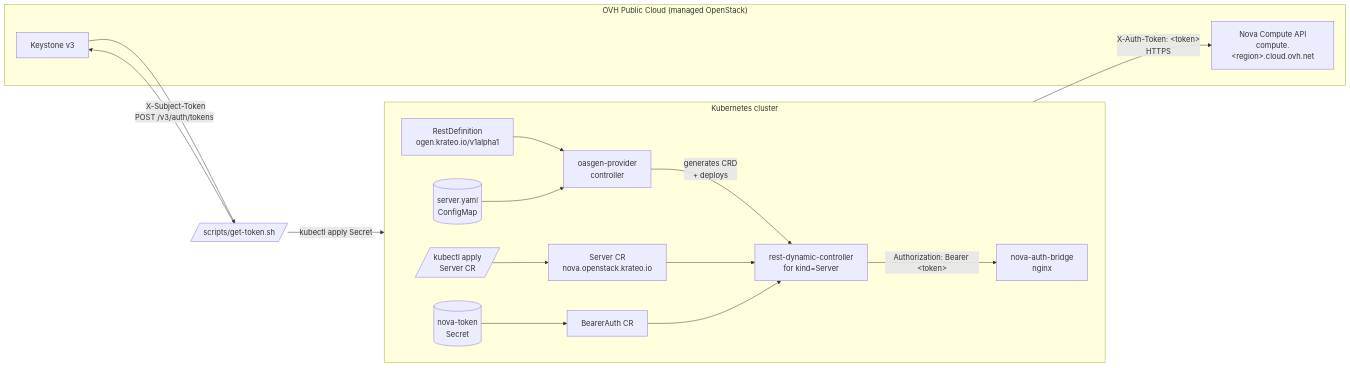
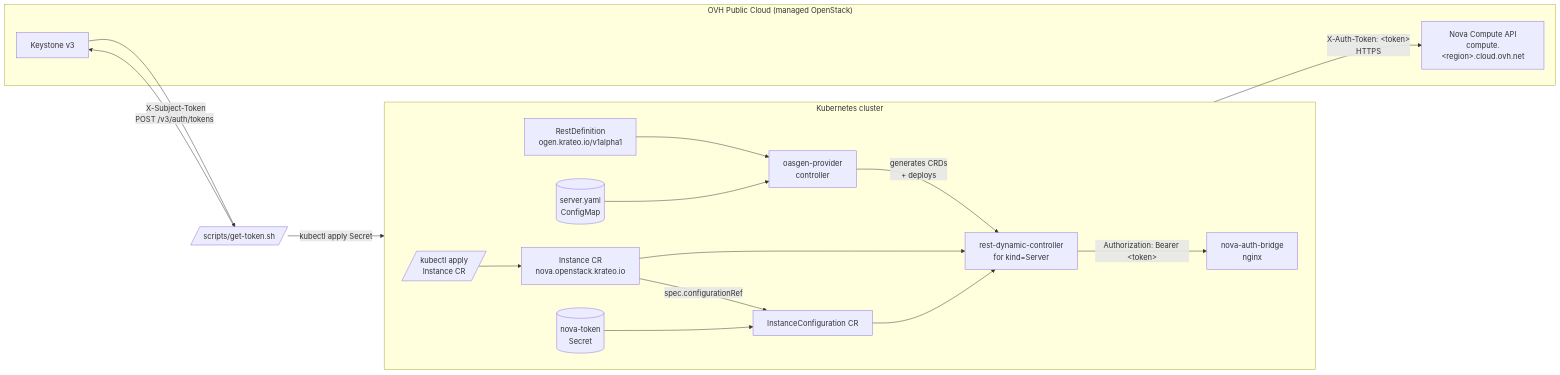
The diagram in docs/architecture.md (braghettos/openstack-nova-operator-kog), drawn with Mermaid before and after one commit. The commit also changed other lines of this file and 11 other files, not shown here.

First line of the commit message:
fix: make the Nova KOG chart actually provision OVH VMs (#1)

````diff
--- a/docs/architecture.md
+++ b/docs/architecture.md
@@ -3,35 +3,36 @@
 ```mermaid
 flowchart LR
     subgraph K8s["Kubernetes cluster"]
         direction LR
-        user[/"kubectl apply<br/>Server CR"/]
+        user[/"kubectl apply<br/>Instance CR"/]
         oasgen[oasgen-provider<br/>controller]
         rdc[rest-dynamic-controller<br/>for kind=Server]
         bridge[nova-auth-bridge<br/>nginx]
         secret[(nova-token<br/>Secret)]
         oasCfg[(server.yaml<br/>ConfigMap)]
         rd[RestDefinition<br/>ogen.krateo.io/v1alpha1]
-        cr[Server CR<br/>nova.openstack.krateo.io]
-        bauth[BearerAuth CR]
+        cr[Instance CR<br/>nova.openstack.krateo.io]
+        cfg[InstanceConfiguration CR]
 
         user --> cr
         rd --> oasgen
         oasCfg --> oasgen
-        oasgen -->|generates CRD<br/>+ deploys| rdc
+        oasgen -->|generates CRDs<br/>+ deploys| rdc
+        cr -->|spec.configurationRef| cfg
         cr --> rdc
-        bauth --> rdc
-        secret --> bauth
+        cfg --> rdc
+        secret --> cfg
         rdc -->|"Authorization: Bearer &lt;token&gt;"| bridge
     end
 
     bridge -->|"X-Auth-Token: &lt;token&gt;"<br/>HTTPS| ovh
 
     subgraph OVH["OVH Public Cloud (managed OpenStack)"]
         keystone[Keystone v3]
         ovh[Nova Compute API<br/>compute.&lt;region&gt;.cloud.ovh.net]
     end
 
     user2[/"scripts/get-token.sh"/] -->|"POST /v3/auth/tokens"| keystone
     keystone -->|"X-Subject-Token"| user2
     user2 -->|"kubectl apply Secret"| secret
 ```
````
